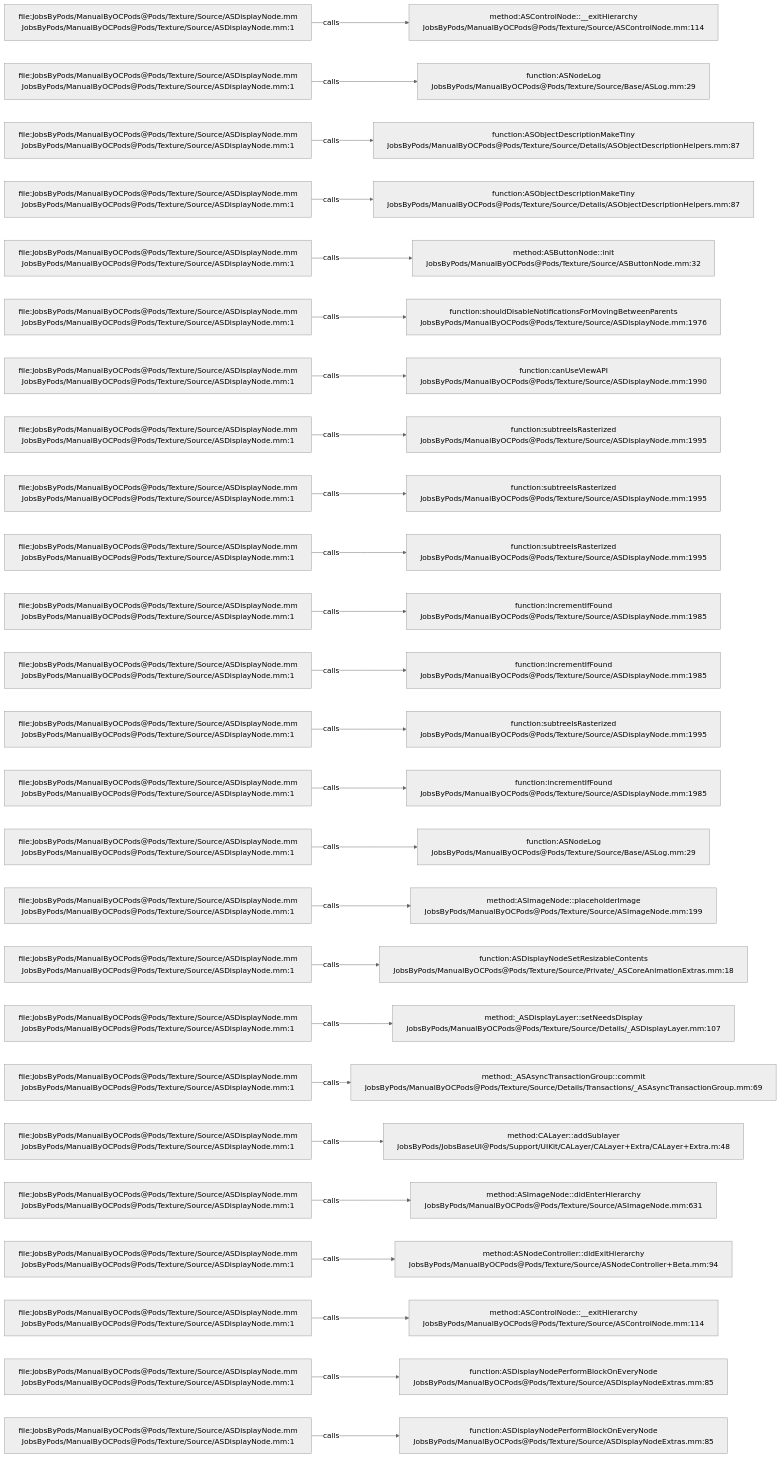
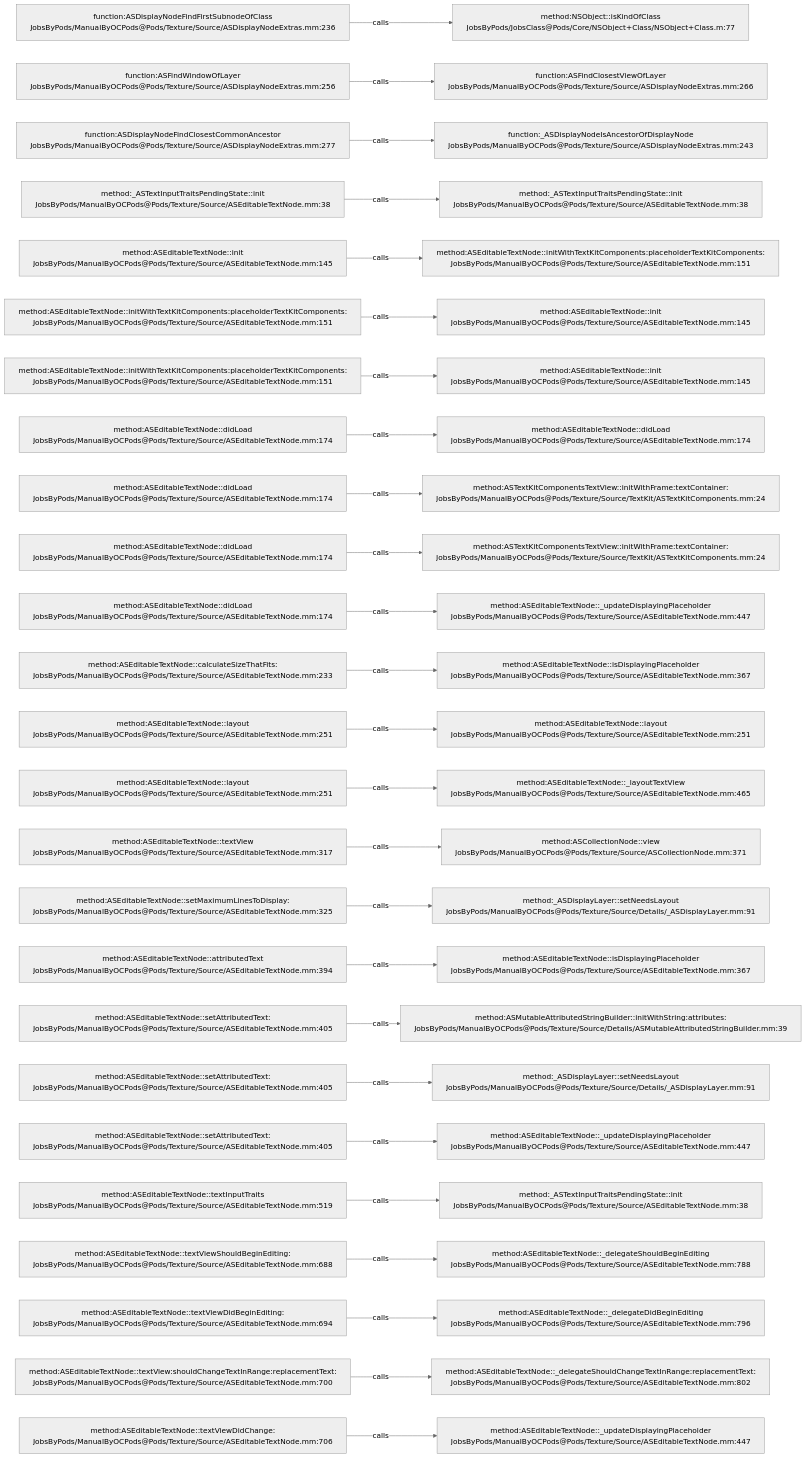
One commit to JobsKits/JobsOCBaseConfigDemo changed the diagram in .codegraph/codegraph.md/graphs/calls-109.md. Above: the diagram before and after it, drawn with Mermaid (neutral theme). The commit also changed 1223 other files, not shown here.

````diff
--- a/.codegraph/codegraph.md/graphs/calls-109.md
+++ b/.codegraph/codegraph.md/graphs/calls-109.md
@@ -13,78 +13,78 @@
 ```mermaid
 flowchart LR
-  S1["file:JobsByPods/ManualByOCPods@Pods/Texture/Source/ASDisplayNode.mm<br/>JobsByPods/ManualByOCPods@Pods/Texture/Source/ASDisplayNode.mm:1"]
-  T1["method:ASControlNode::__exitHierarchy<br/>JobsByPods/ManualByOCPods@Pods/Texture/Source/ASControlNode.mm:114"]
+  S1["function:ASDisplayNodeFindFirstSubnodeOfClass<br/>JobsByPods/ManualByOCPods@Pods/Texture/Source/ASDisplayNodeExtras.mm:236"]
+  T1["method:NSObject::isKindOfClass<br/>JobsByPods/JobsClass@Pods/Core/NSObject+Class/NSObject+Class.m:77"]
   S1 -->|calls| T1
-  S2["file:JobsByPods/ManualByOCPods@Pods/Texture/Source/ASDisplayNode.mm<br/>JobsByPods/ManualByOCPods@Pods/Texture/Source/ASDisplayNode.mm:1"]
-  T2["function:ASNodeLog<br/>JobsByPods/ManualByOCPods@Pods/Texture/Source/Base/ASLog.mm:29"]
+  S2["function:ASFindWindowOfLayer<br/>JobsByPods/ManualByOCPods@Pods/Texture/Source/ASDisplayNodeExtras.mm:256"]
+  T2["function:ASFindClosestViewOfLayer<br/>JobsByPods/ManualByOCPods@Pods/Texture/Source/ASDisplayNodeExtras.mm:266"]
   S2 -->|calls| T2
-  S3["file:JobsByPods/ManualByOCPods@Pods/Texture/Source/ASDisplayNode.mm<br/>JobsByPods/ManualByOCPods@Pods/Texture/Source/ASDisplayNode.mm:1"]
-  T3["function:ASObjectDescriptionMakeTiny<br/>JobsByPods/ManualByOCPods@Pods/Texture/Source/Details/ASObjectDescriptionHelpers.mm:87"]
+  S3["function:ASDisplayNodeFindClosestCommonAncestor<br/>JobsByPods/ManualByOCPods@Pods/Texture/Source/ASDisplayNodeExtras.mm:277"]
+  T3["function:_ASDisplayNodeIsAncestorOfDisplayNode<br/>JobsByPods/ManualByOCPods@Pods/Texture/Source/ASDisplayNodeExtras.mm:243"]
   S3 -->|calls| T3
-  S4["file:JobsByPods/ManualByOCPods@Pods/Texture/Source/ASDisplayNode.mm<br/>JobsByPods/ManualByOCPods@Pods/Texture/Source/ASDisplayNode.mm:1"]
-  T4["function:ASObjectDescriptionMakeTiny<br/>JobsByPods/ManualByOCPods@Pods/Texture/Source/Details/ASObjectDescriptionHelpers.mm:87"]
+  S4["method:_ASTextInputTraitsPendingState::init<br/>JobsByPods/ManualByOCPods@Pods/Texture/Source/ASEditableTextNode.mm:38"]
+  T4["method:_ASTextInputTraitsPendingState::init<br/>JobsByPods/ManualByOCPods@Pods/Texture/Source/ASEditableTextNode.mm:38"]
   S4 -->|calls| T4
-  S5["file:JobsByPods/ManualByOCPods@Pods/Texture/Source/ASDisplayNode.mm<br/>JobsByPods/ManualByOCPods@Pods/Texture/Source/ASDisplayNode.mm:1"]
-  T5["method:ASButtonNode::init<br/>JobsByPods/ManualByOCPods@Pods/Texture/Source/ASButtonNode.mm:32"]
+  S5["method:ASEditableTextNode::init<br/>JobsByPods/ManualByOCPods@Pods/Texture/Source/ASEditableTextNode.mm:145"]
+  T5["method:ASEditableTextNode::initWithTextKitComponents:placeholderTextKitComponents:<br/>JobsByPods/ManualByOCPods@Pods/Texture/Source/ASEditableTextNode.mm:151"]
   S5 -->|calls| T5
-  S6["file:JobsByPods/ManualByOCPods@Pods/Texture/Source/ASDisplayNode.mm<br/>JobsByPods/ManualByOCPods@Pods/Texture/Source/ASDisplayNode.mm:1"]
-  T6["function:shouldDisableNotificationsForMovingBetweenParents<br/>JobsByPods/ManualByOCPods@Pods/Texture/Source/ASDisplayNode.mm:1976"]
+  S6["method:ASEditableTextNode::initWithTextKitComponents:placeholderTextKitComponents:<br/>JobsByPods/ManualByOCPods@Pods/Texture/Source/ASEditableTextNode.mm:151"]
+  T6["method:ASEditableTextNode::init<br/>JobsByPods/ManualByOCPods@Pods/Texture/Source/ASEditableTextNode.mm:145"]
   S6 -->|calls| T6
-  S7["file:JobsByPods/ManualByOCPods@Pods/Texture/Source/ASDisplayNode.mm<br/>JobsByPods/ManualByOCPods@Pods/Texture/Source/ASDisplayNode.mm:1"]
-  T7["function:canUseViewAPI<br/>JobsByPods/ManualByOCPods@Pods/Texture/Source/ASDisplayNode.mm:1990"]
+  S7["method:ASEditableTextNode::initWithTextKitComponents:placeholderTextKitComponents:<br/>JobsByPods/ManualByOCPods@Pods/Texture/Source/ASEditableTextNode.mm:151"]
+  T7["method:ASEditableTextNode::init<br/>JobsByPods/ManualByOCPods@Pods/Texture/Source/ASEditableTextNode.mm:145"]
   S7 -->|calls| T7
-  S8["file:JobsByPods/ManualByOCPods@Pods/Texture/Source/ASDisplayNode.mm<br/>JobsByPods/ManualByOCPods@Pods/Texture/Source/ASDisplayNode.mm:1"]
-  T8["function:subtreeIsRasterized<br/>JobsByPods/ManualByOCPods@Pods/Texture/Source/ASDisplayNode.mm:1995"]
+  S8["method:ASEditableTextNode::didLoad<br/>JobsByPods/ManualByOCPods@Pods/Texture/Source/ASEditableTextNode.mm:174"]
+  T8["method:ASEditableTextNode::didLoad<br/>JobsByPods/ManualByOCPods@Pods/Texture/Source/ASEditableTextNode.mm:174"]
   S8 -->|calls| T8
-  S9["file:JobsByPods/ManualByOCPods@Pods/Texture/Source/ASDisplayNode.mm<br/>JobsByPods/ManualByOCPods@Pods/Texture/Source/ASDisplayNode.mm:1"]
-  T9["function:subtreeIsRasterized<br/>JobsByPods/ManualByOCPods@Pods/Texture/Source/ASDisplayNode.mm:1995"]
+  S9["method:ASEditableTextNode::didLoad<br/>JobsByPods/ManualByOCPods@Pods/Texture/Source/ASEditableTextNode.mm:174"]
+  T9["method:ASTextKitComponentsTextView::initWithFrame:textContainer:<br/>JobsByPods/ManualByOCPods@Pods/Texture/Source/TextKit/ASTextKitComponents.mm:24"]
   S9 -->|calls| T9
-  S10["file:JobsByPods/ManualByOCPods@Pods/Texture/Source/ASDisplayNode.mm<br/>JobsByPods/ManualByOCPods@Pods/Texture/Source/ASDisplayNode.mm:1"]
-  T10["function:subtreeIsRasterized<br/>JobsByPods/ManualByOCPods@Pods/Texture/Source/ASDisplayNode.mm:1995"]
+  S10["method:ASEditableTextNode::didLoad<br/>JobsByPods/ManualByOCPods@Pods/Texture/Source/ASEditableTextNode.mm:174"]
+  T10["method:ASTextKitComponentsTextView::initWithFrame:textContainer:<br/>JobsByPods/ManualByOCPods@Pods/Texture/Source/TextKit/ASTextKitComponents.mm:24"]
   S10 -->|calls| T10
-  S11["file:JobsByPods/ManualByOCPods@Pods/Texture/Source/ASDisplayNode.mm<br/>JobsByPods/ManualByOCPods@Pods/Texture/Source/ASDisplayNode.mm:1"]
-  T11["function:incrementIfFound<br/>JobsByPods/ManualByOCPods@Pods/Texture/Source/ASDisplayNode.mm:1985"]
+  S11["method:ASEditableTextNode::didLoad<br/>JobsByPods/ManualByOCPods@Pods/Texture/Source/ASEditableTextNode.mm:174"]
+  T11["method:ASEditableTextNode::_updateDisplayingPlaceholder<br/>JobsByPods/ManualByOCPods@Pods/Texture/Source/ASEditableTextNode.mm:447"]
   S11 -->|calls| T11
-  S12["file:JobsByPods/ManualByOCPods@Pods/Texture/Source/ASDisplayNode.mm<br/>JobsByPods/ManualByOCPods@Pods/Texture/Source/ASDisplayNode.mm:1"]
-  T12["function:incrementIfFound<br/>JobsByPods/ManualByOCPods@Pods/Texture/Source/ASDisplayNode.mm:1985"]
+  S12["method:ASEditableTextNode::calculateSizeThatFits:<br/>JobsByPods/ManualByOCPods@Pods/Texture/Source/ASEditableTextNode.mm:233"]
+  T12["method:ASEditableTextNode::isDisplayingPlaceholder<br/>JobsByPods/ManualByOCPods@Pods/Texture/Source/ASEditableTextNode.mm:367"]
   S12 -->|calls| T12
-  S13["file:JobsByPods/ManualByOCPods@Pods/Texture/Source/ASDisplayNode.mm<br/>JobsByPods/ManualByOCPods@Pods/Texture/Source/ASDisplayNode.mm:1"]
-  T13["function:subtreeIsRasterized<br/>JobsByPods/ManualByOCPods@Pods/Texture/Source/ASDisplayNode.mm:1995"]
+  S13["method:ASEditableTextNode::layout<br/>JobsByPods/ManualByOCPods@Pods/Texture/Source/ASEditableTextNode.mm:251"]
+  T13["method:ASEditableTextNode::layout<br/>JobsByPods/ManualByOCPods@Pods/Texture/Source/ASEditableTextNode.mm:251"]
   S13 -->|calls| T13
-  S14["file:JobsByPods/ManualByOCPods@Pods/Texture/Source/ASDisplayNode.mm<br/>JobsByPods/ManualByOCPods@Pods/Texture/Source/ASDisplayNode.mm:1"]
-  T14["function:incrementIfFound<br/>JobsByPods/ManualByOCPods@Pods/Texture/Source/ASDisplayNode.mm:1985"]
+  S14["method:ASEditableTextNode::layout<br/>JobsByPods/ManualByOCPods@Pods/Texture/Source/ASEditableTextNode.mm:251"]
+  T14["method:ASEditableTextNode::_layoutTextView<br/>JobsByPods/ManualByOCPods@Pods/Texture/Source/ASEditableTextNode.mm:465"]
   S14 -->|calls| T14
-  S15["file:JobsByPods/ManualByOCPods@Pods/Texture/Source/ASDisplayNode.mm<br/>JobsByPods/ManualByOCPods@Pods/Texture/Source/ASDisplayNode.mm:1"]
-  T15["function:ASNodeLog<br/>JobsByPods/ManualByOCPods@Pods/Texture/Source/Base/ASLog.mm:29"]
+  S15["method:ASEditableTextNode::textView<br/>JobsByPods/ManualByOCPods@Pods/Texture/Source/ASEditableTextNode.mm:317"]
+  T15["method:ASCollectionNode::view<br/>JobsByPods/ManualByOCPods@Pods/Texture/Source/ASCollectionNode.mm:371"]
   S15 -->|calls| T15
-  S16["file:JobsByPods/ManualByOCPods@Pods/Texture/Source/ASDisplayNode.mm<br/>JobsByPods/ManualByOCPods@Pods/Texture/Source/ASDisplayNode.mm:1"]
-  T16["method:ASImageNode::placeholderImage<br/>JobsByPods/ManualByOCPods@Pods/Texture/Source/ASImageNode.mm:199"]
+  S16["method:ASEditableTextNode::setMaximumLinesToDisplay:<br/>JobsByPods/ManualByOCPods@Pods/Texture/Source/ASEditableTextNode.mm:325"]
+  T16["method:_ASDisplayLayer::setNeedsLayout<br/>JobsByPods/ManualByOCPods@Pods/Texture/Source/Details/_ASDisplayLayer.mm:91"]
   S16 -->|calls| T16
-  S17["file:JobsByPods/ManualByOCPods@Pods/Texture/Source/ASDisplayNode.mm<br/>JobsByPods/ManualByOCPods@Pods/Texture/Source/ASDisplayNode.mm:1"]
-  T17["function:ASDisplayNodeSetResizableContents<br/>JobsByPods/ManualByOCPods@Pods/Texture/Source/Private/_ASCoreAnimationExtras.mm:18"]
+  S17["method:ASEditableTextNode::attributedText<br/>JobsByPods/ManualByOCPods@Pods/Texture/Source/ASEditableTextNode.mm:394"]
+  T17["method:ASEditableTextNode::isDisplayingPlaceholder<br/>JobsByPods/ManualByOCPods@Pods/Texture/Source/ASEditableTextNode.mm:367"]
   S17 -->|calls| T17
-  S18["file:JobsByPods/ManualByOCPods@Pods/Texture/Source/ASDisplayNode.mm<br/>JobsByPods/ManualByOCPods@Pods/Texture/Source/ASDisplayNode.mm:1"]
-  T18["method:_ASDisplayLayer::setNeedsDisplay<br/>JobsByPods/ManualByOCPods@Pods/Texture/Source/Details/_ASDisplayLayer.mm:107"]
+  S18["method:ASEditableTextNode::setAttributedText:<br/>JobsByPods/ManualByOCPods@Pods/Texture/Source/ASEditableTextNode.mm:405"]
+  T18["method:ASMutableAttributedStringBuilder::initWithString:attributes:<br/>JobsByPods/ManualByOCPods@Pods/Texture/Source/Details/ASMutableAttributedStringBuilder.mm:39"]
   S18 -->|calls| T18
-  S19["file:JobsByPods/ManualByOCPods@Pods/Texture/Source/ASDisplayNode.mm<br/>JobsByPods/ManualByOCPods@Pods/Texture/Source/ASDisplayNode.mm:1"]
-  T19["method:_ASAsyncTransactionGroup::commit<br/>JobsByPods/ManualByOCPods@Pods/Texture/Source/Details/Transactions/_ASAsyncTransactionGroup.mm:69"]
+  S19["method:ASEditableTextNode::setAttributedText:<br/>JobsByPods/ManualByOCPods@Pods/Texture/Source/ASEditableTextNode.mm:405"]
+  T19["method:_ASDisplayLayer::setNeedsLayout<br/>JobsByPods/ManualByOCPods@Pods/Texture/Source/Details/_ASDisplayLayer.mm:91"]
   S19 -->|calls| T19
-  S20["file:JobsByPods/ManualByOCPods@Pods/Texture/Source/ASDisplayNode.mm<br/>JobsByPods/ManualByOCPods@Pods/Texture/Source/ASDisplayNode.mm:1"]
-  T20["method:CALayer::addSublayer<br/>JobsByPods/JobsBaseUI@Pods/Support/UIKit/CALayer/CALayer+Extra/CALayer+Extra.m:48"]
+  S20["method:ASEditableTextNode::setAttributedText:<br/>JobsByPods/ManualByOCPods@Pods/Texture/Source/ASEditableTextNode.mm:405"]
+  T20["method:ASEditableTextNode::_updateDisplayingPlaceholder<br/>JobsByPods/ManualByOCPods@Pods/Texture/Source/ASEditableTextNode.mm:447"]
   S20 -->|calls| T20
-  S21["file:JobsByPods/ManualByOCPods@Pods/Texture/Source/ASDisplayNode.mm<br/>JobsByPods/ManualByOCPods@Pods/Texture/Source/ASDisplayNode.mm:1"]
-  T21["method:ASImageNode::didEnterHierarchy<br/>JobsByPods/ManualByOCPods@Pods/Texture/Source/ASImageNode.mm:631"]
+  S21["method:ASEditableTextNode::textInputTraits<br/>JobsByPods/ManualByOCPods@Pods/Texture/Source/ASEditableTextNode.mm:519"]
+  T21["method:_ASTextInputTraitsPendingState::init<br/>JobsByPods/ManualByOCPods@Pods/Texture/Source/ASEditableTextNode.mm:38"]
   S21 -->|calls| T21
-  S22["file:JobsByPods/ManualByOCPods@Pods/Texture/Source/ASDisplayNode.mm<br/>JobsByPods/ManualByOCPods@Pods/Texture/Source/ASDisplayNode.mm:1"]
-  T22["method:ASNodeController::didExitHierarchy<br/>JobsByPods/ManualByOCPods@Pods/Texture/Source/ASNodeController+Beta.mm:94"]
+  S22["method:ASEditableTextNode::textViewShouldBeginEditing:<br/>JobsByPods/ManualByOCPods@Pods/Texture/Source/ASEditableTextNode.mm:688"]
+  T22["method:ASEditableTextNode::_delegateShouldBeginEditing<br/>JobsByPods/ManualByOCPods@Pods/Texture/Source/ASEditableTextNode.mm:788"]
   S22 -->|calls| T22
-  S23["file:JobsByPods/ManualByOCPods@Pods/Texture/Source/ASDisplayNode.mm<br/>JobsByPods/ManualByOCPods@Pods/Texture/Source/ASDisplayNode.mm:1"]
-  T23["method:ASControlNode::__exitHierarchy<br/>JobsByPods/ManualByOCPods@Pods/Texture/Source/ASControlNode.mm:114"]
+  S23["method:ASEditableTextNode::textViewDidBeginEditing:<br/>JobsByPods/ManualByOCPods@Pods/Texture/Source/ASEditableTextNode.mm:694"]
+  T23["method:ASEditableTextNode::_delegateDidBeginEditing<br/>JobsByPods/ManualByOCPods@Pods/Texture/Source/ASEditableTextNode.mm:796"]
   S23 -->|calls| T23
-  S24["file:JobsByPods/ManualByOCPods@Pods/Texture/Source/ASDisplayNode.mm<br/>JobsByPods/ManualByOCPods@Pods/Texture/Source/ASDisplayNode.mm:1"]
-  T24["function:ASDisplayNodePerformBlockOnEveryNode<br/>JobsByPods/ManualByOCPods@Pods/Texture/Source/ASDisplayNodeExtras.mm:85"]
+  S24["method:ASEditableTextNode::textView:shouldChangeTextInRange:replacementText:<br/>JobsByPods/ManualByOCPods@Pods/Texture/Source/ASEditableTextNode.mm:700"]
+  T24["method:ASEditableTextNode::_delegateShouldChangeTextInRange:replacementText:<br/>JobsByPods/ManualByOCPods@Pods/Texture/Source/ASEditableTextNode.mm:802"]
   S24 -->|calls| T24
-  S25["file:JobsByPods/ManualByOCPods@Pods/Texture/Source/ASDisplayNode.mm<br/>JobsByPods/ManualByOCPods@Pods/Texture/Source/ASDisplayNode.mm:1"]
-  T25["function:ASDisplayNodePerformBlockOnEveryNode<br/>JobsByPods/ManualByOCPods@Pods/Texture/Source/ASDisplayNodeExtras.mm:85"]
+  S25["method:ASEditableTextNode::textViewDidChange:<br/>JobsByPods/ManualByOCPods@Pods/Texture/Source/ASEditableTextNode.mm:706"]
+  T25["method:ASEditableTextNode::_updateDisplayingPlaceholder<br/>JobsByPods/ManualByOCPods@Pods/Texture/Source/ASEditableTextNode.mm:447"]
   S25 -->|calls| T25
 ```
````
